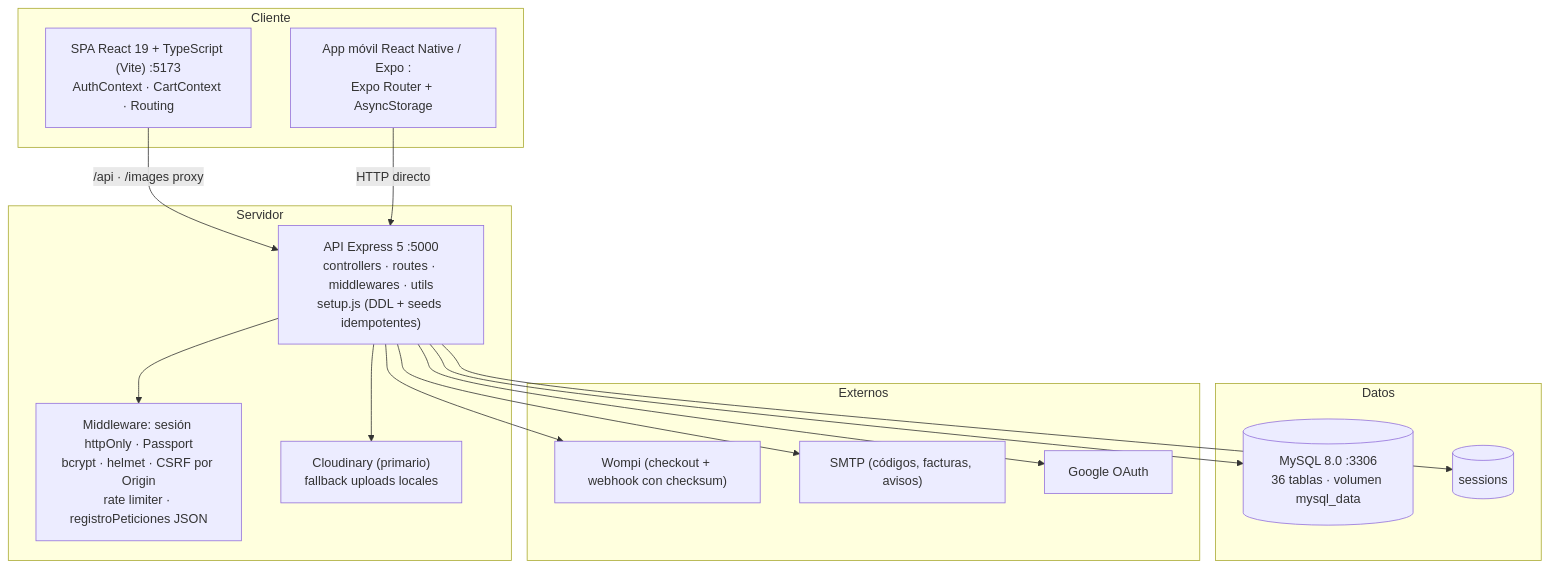
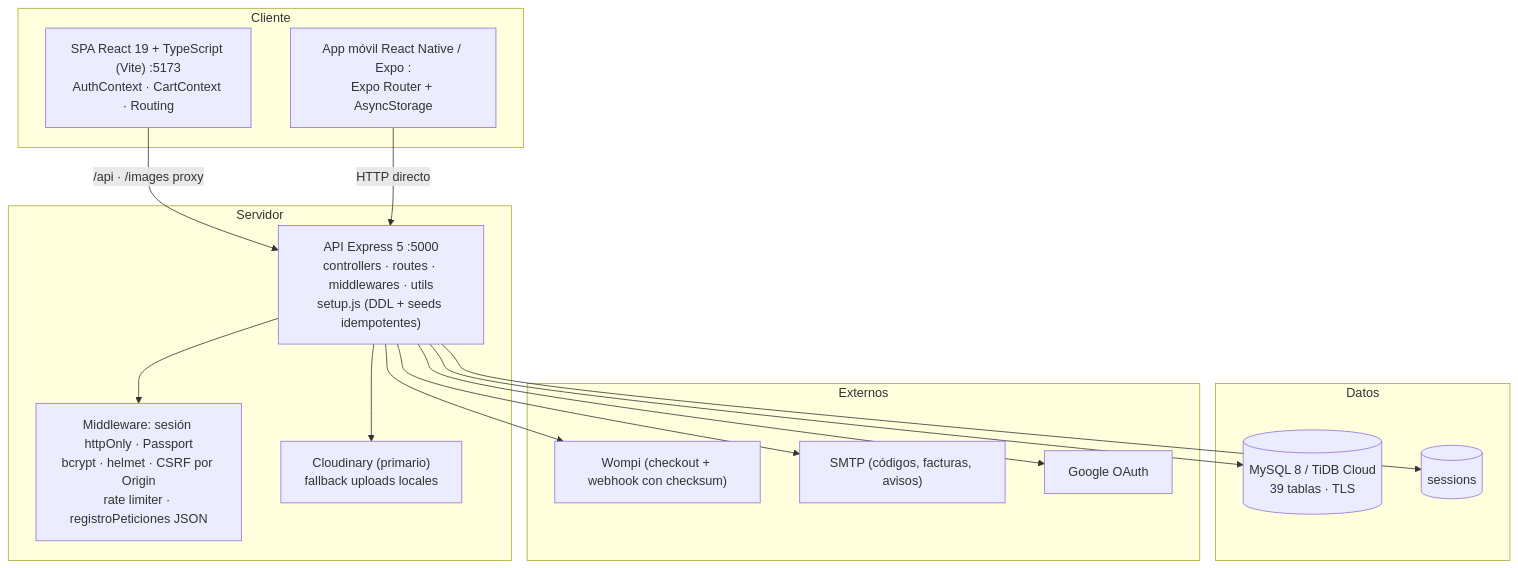
The third of 5 diagrams in docs/manuales/manual-tecnico.md (yeisonfernandez2022-crypto/Jadda_Sports_React), drawn with Mermaid before and after one commit. The commit also changed other lines of this file and 42 other files, not shown here.

````diff
--- a/docs/manuales/manual-tecnico.md
+++ b/docs/manuales/manual-tecnico.md
@@ -122,30 +122,30 @@
 ```mermaid
 graph TB
     subgraph "Cliente"
         WEB["SPA React 19 + TypeScript (Vite) :5173<br/>AuthContext · CartContext · Routing"]
         MOVIL["App móvil React Native / Expo :<br/>Expo Router + AsyncStorage"]
     end
     subgraph "Servidor"
         API["API Express 5 :5000<br/>controllers · routes · middlewares · utils<br/>setup.js (DDL + seeds idempotentes)"]
         MW["Middleware: sesión httpOnly · Passport<br/>bcrypt · helmet · CSRF por Origin<br/>rate limiter · registroPeticiones JSON"]
         MEDIA["Cloudinary (primario)<br/>fallback uploads locales"]
     end
     subgraph "Datos"
-        DB[("MySQL 8.0 :3306<br/>36 tablas · volumen mysql_data")]
+        DB[("MySQL 8 / TiDB Cloud<br/>39 tablas · TLS")]
         SES[("sessions")]
     end
     subgraph "Externos"
         WOMPI["Wompi (checkout + webhook con checksum)"]
         SMTP["SMTP (códigos, facturas, avisos)"]
         GFB["Google OAuth"]
     end
     WEB -->|"/api · /images proxy"| API
     MOVIL -->|HTTP directo| API
     API --> MW
     API --> DB
     API --> SES
     API --> MEDIA
     API --> WOMPI
     API --> SMTP
     API --> GFB
 ```
````
